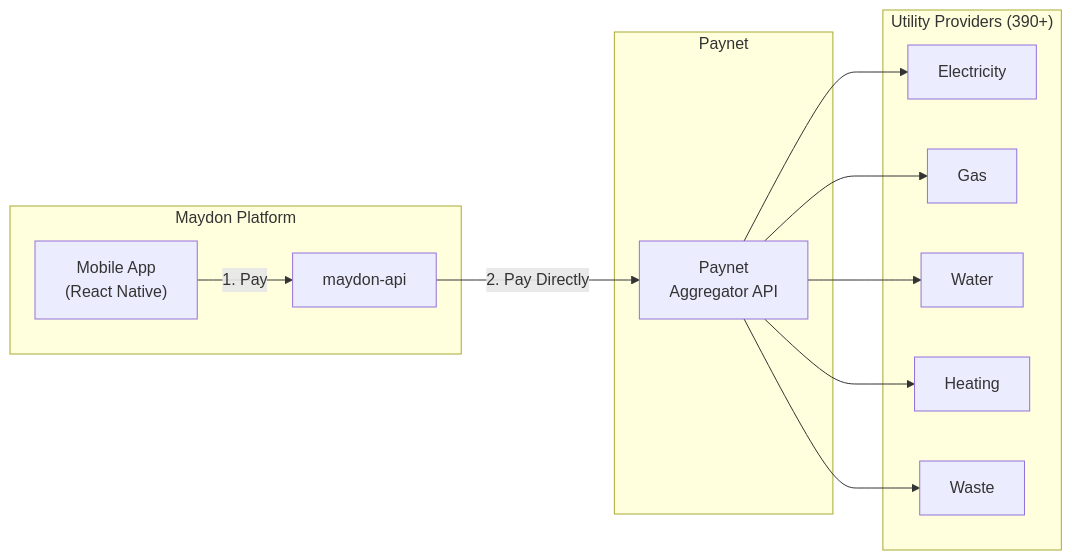
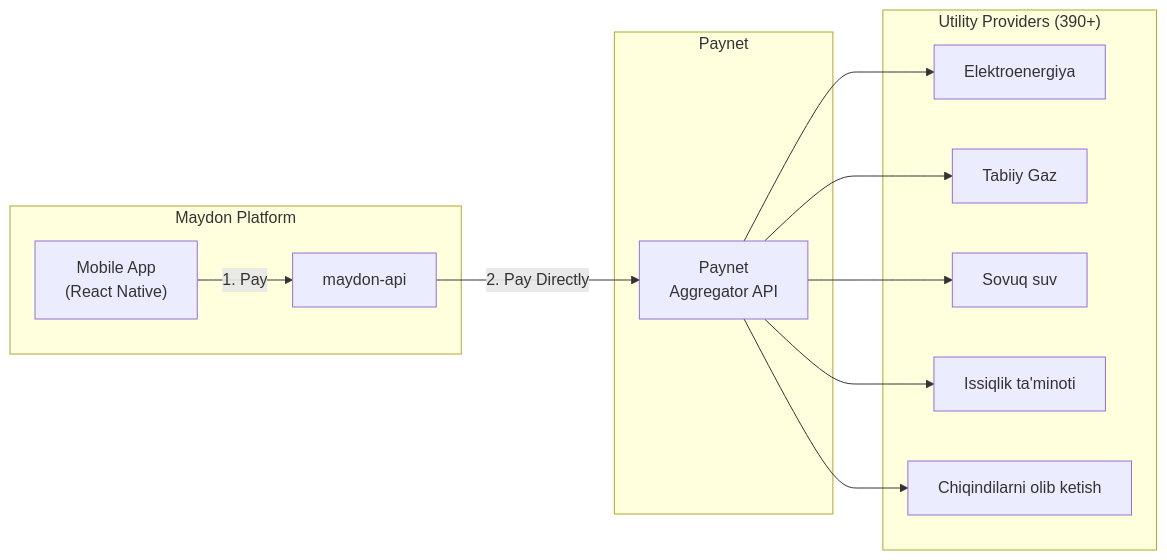
Before and after one commit to saodatm-dev/Utilities---Informational-Architecture: the ninth of 9 diagrams in utilities-payment-userflow.md, drawn with Mermaid. The commit also changed other lines of this file and 1 other file, not shown here.

Commit message:
refactor: Localize utility names to Uzbek, consolidate feature tiers, remove payment service integration, and refine payment flow details.

````diff
--- a/utilities-payment-userflow.md
+++ b/utilities-payment-userflow.md
@@ -279,29 +279,29 @@
 ```mermaid
 flowchart LR
     subgraph "Maydon Platform"
         MOBILE["Mobile App<br/>(React Native)"]
         API["maydon-api"]
     end
 
     subgraph "Paynet"
         PAYNET["Paynet<br/>Aggregator API"]
     end
 
     subgraph "Utility Providers (390+)"
-        ELEC["Electricity"]
-        GAS["Gas"]
-        WATER["Water"]
-        HEAT["Heating"]
-        WASTE["Waste"]
+        ELEC["Elektroenergiya"]
+        GAS["Tabiiy Gaz"]
+        WATER["Sovuq suv"]
+        HEAT["Issiqlik ta'minoti"]
+        WASTE["Chiqindilarni olib ketish"]
     end
 
     MOBILE -->|"1. Pay"| API
     API -->|"2. Pay Directly"| PAYNET
 
     PAYNET --> ELEC
     PAYNET --> GAS
     PAYNET --> WATER
     PAYNET --> HEAT
     PAYNET --> WASTE
 
 ```
````
